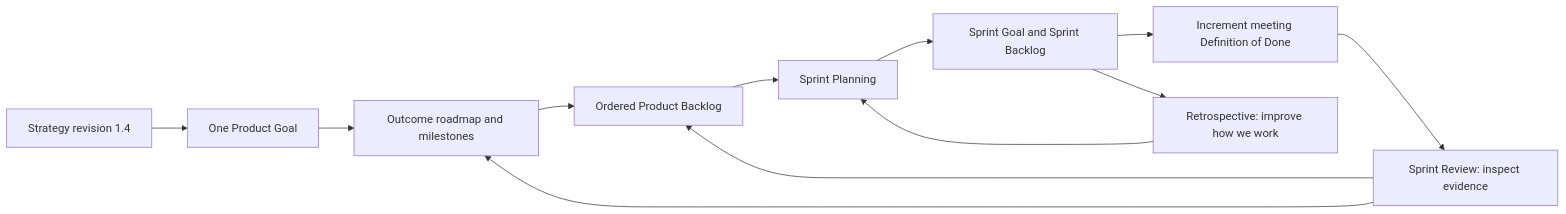
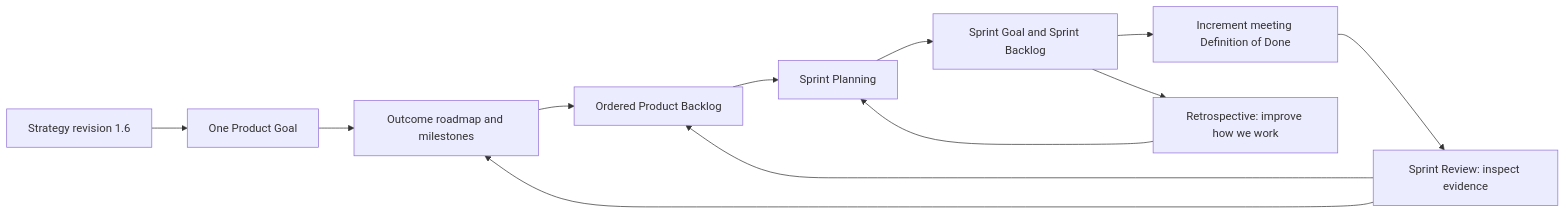
Before and after one commit to PyBLE-dev/PyBLE: the diagram in docs/developments/2026-q4-reliable-workflow/01_Overview_and_Scrum_Framework.md, drawn with Mermaid. The commit also changed other lines of this file and 18 other files, not shown here.

````diff
--- a/docs/developments/2026-q4-reliable-workflow/01_Overview_and_Scrum_Framework.md
+++ b/docs/developments/2026-q4-reliable-workflow/01_Overview_and_Scrum_Framework.md
@@ -36,14 +36,14 @@
 ```mermaid
 flowchart LR
-    Strategy["Strategy revision 1.4"] --> Goal["One Product Goal"]
+    Strategy["Strategy revision 1.6"] --> Goal["One Product Goal"]
     Goal --> Roadmap["Outcome roadmap and milestones"]
     Roadmap --> Product["Ordered Product Backlog"]
     Product --> Planning["Sprint Planning"]
     Planning --> Sprint["Sprint Goal and Sprint Backlog"]
     Sprint --> Increment["Increment meeting Definition of Done"]
     Increment --> Review["Sprint Review: inspect evidence"]
     Review --> Product
     Review --> Roadmap
     Sprint --> Retro["Retrospective: improve how we work"]
     Retro --> Planning
 ```
````
